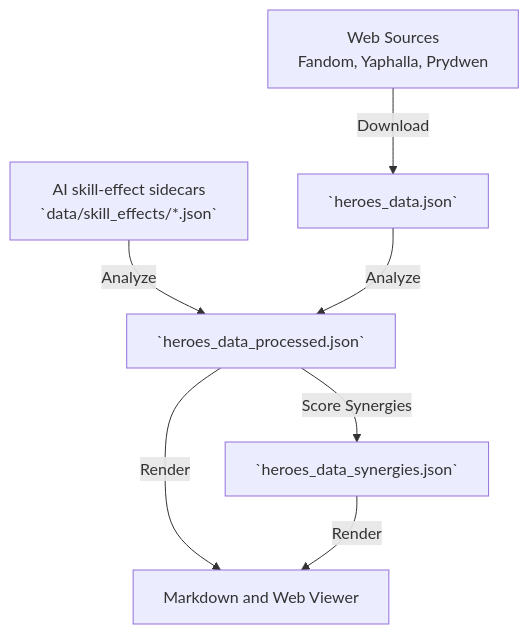
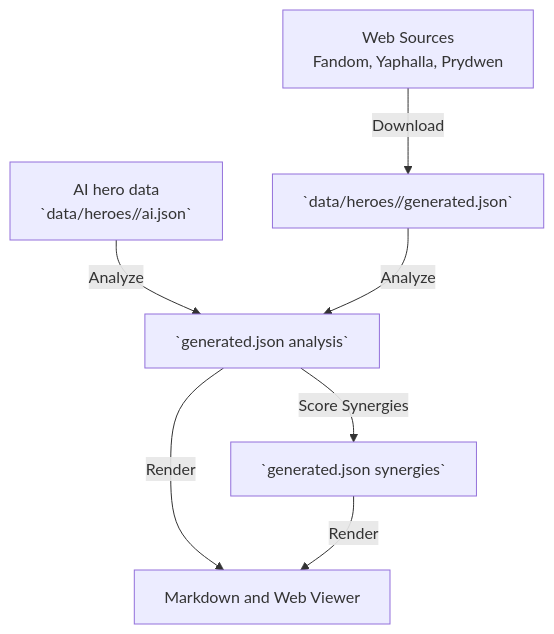
The diagram in docs/skill-analysis-pipeline.md (arnecls/afjk-characters), drawn with Mermaid before and after one commit. The commit also changed other lines of this file and 447 other files, not shown here.

First line of the commit message:
Refactor hero data structure and update pipeline

````diff
--- a/docs/skill-analysis-pipeline.md
+++ b/docs/skill-analysis-pipeline.md
@@ -11,9 +11,9 @@
 ```mermaid
 graph TD
-    Sources[Web Sources<br>Fandom, Yaphalla, Prydwen] -->|Download| RawData[`heroes_data.json`]
-    Sidecars[AI skill-effect sidecars<br>`data/skill_effects/*.json`] -->|Analyze| Processed[`heroes_data_processed.json`]
+    Sources[Web Sources<br>Fandom, Yaphalla, Prydwen] -->|Download| RawData[`data/heroes/<id>/generated.json`]
+    Sidecars[AI hero data<br>`data/heroes/<id>/ai.json`] -->|Analyze| Processed[`generated.json analysis`]
     RawData -->|Analyze| Processed
-    Processed -->|Score Synergies| Synergies[`heroes_data_synergies.json`]
+    Processed -->|Score Synergies| Synergies[`generated.json synergies`]
     Processed -->|Render| Output[Markdown and Web Viewer]
     Synergies -->|Render| Output
 ```
````
